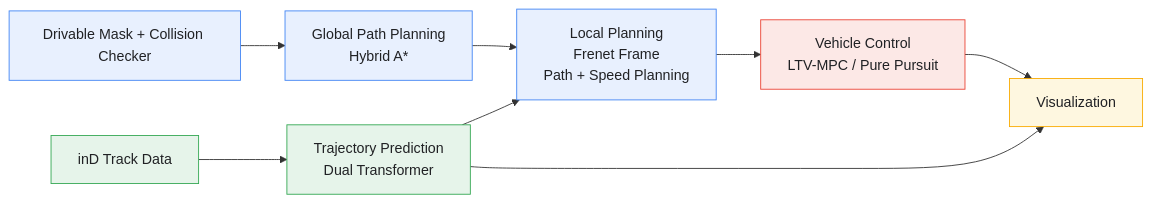
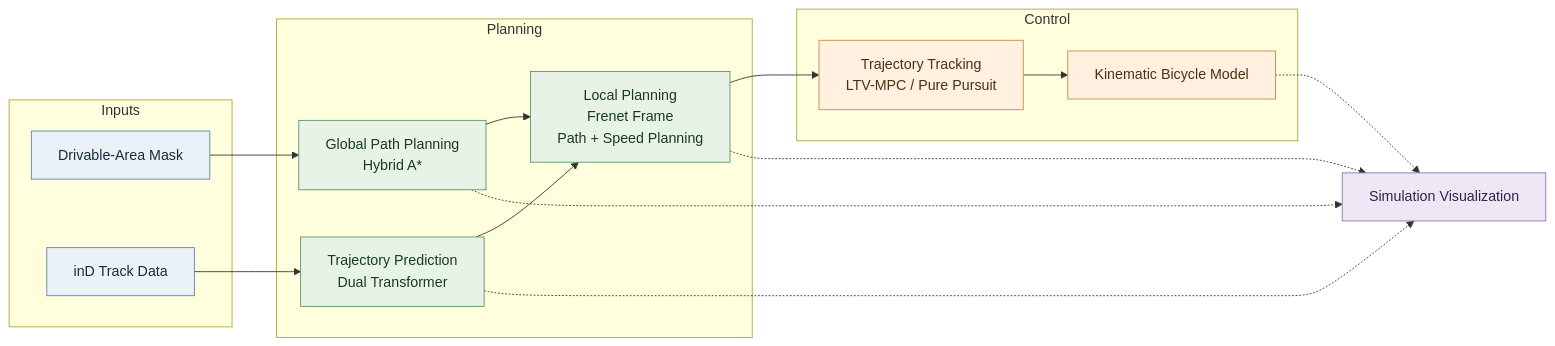
Before and after one commit to jeongseonarm/prediction-planning-control: the diagram in README.md, drawn with Mermaid. The commit also changed other lines of this file, not shown here.

````diff
--- a/README.md
+++ b/README.md
@@ -17,23 +23,41 @@
 ```mermaid
 flowchart LR
-    A["Drivable Mask + Collision Checker"] --> B["Global Path Planning<br/>Hybrid A*"]
-    B --> C["Local Planning<br/>Frenet Frame<br/>Path + Speed Planning"]
+    subgraph INPUT["Inputs"]
+        MAP["Drivable-Area Mask"]
+        TRACK["inD Track Data"]
+    end
 
-    D["inD Track Data"] --> E["Trajectory Prediction<br/>Dual Transformer"]
-    E --> C
+    subgraph PLANNING["Planning"]
+        GLOBAL["Global Path Planning<br/>Hybrid A*"]
+        PRED["Trajectory Prediction<br/>Dual Transformer"]
+        LOCAL["Local Planning<br/>Frenet Frame<br/>Path + Speed Planning"]
+    end
 
-    C --> F["Vehicle Control<br/>LTV-MPC / Pure Pursuit"]
+    subgraph CONTROL["Control"]
+        CTRL["Trajectory Tracking<br/>LTV-MPC / Pure Pursuit"]
+        MODEL["Kinematic Bicycle Model"]
+    end
 
-    E --> G["Visualization"]
-    F --> G
+    VIS["Simulation Visualization"]
 
-    classDef planning fill:#e8f0fe,stroke:#4285f4,color:#202124
-    classDef prediction fill:#e6f4ea,stroke:#34a853,color:#202124
-    classDef control fill:#fce8e6,stroke:#ea4335,color:#202124
-    classDef visualization fill:#fef7e0,stroke:#f9ab00,color:#202124
+    MAP --> GLOBAL
+    GLOBAL --> LOCAL
+    TRACK --> PRED
+    PRED --> LOCAL
+    LOCAL --> CTRL
+    CTRL --> MODEL
+    PRED -.-> VIS
+    GLOBAL -.-> VIS
+    LOCAL -.-> VIS
+    MODEL -.-> VIS
 
-    class A,B,C planning
-    class D,E prediction
-    class F control
-    class G visualization
+    classDef input fill:#eaf2f8,stroke:#5b86a5,color:#172b3a
+    classDef planning fill:#e8f3e8,stroke:#5a9367,color:#193923
+    classDef control fill:#fff0df,stroke:#c68b45,color:#4a3215
+    classDef output fill:#eee8f6,stroke:#8b75ad,color:#302344
+
+    class MAP,TRACK input
+    class GLOBAL,PRED,LOCAL planning
+    class CTRL,MODEL control
+    class VIS output
 ```
````
